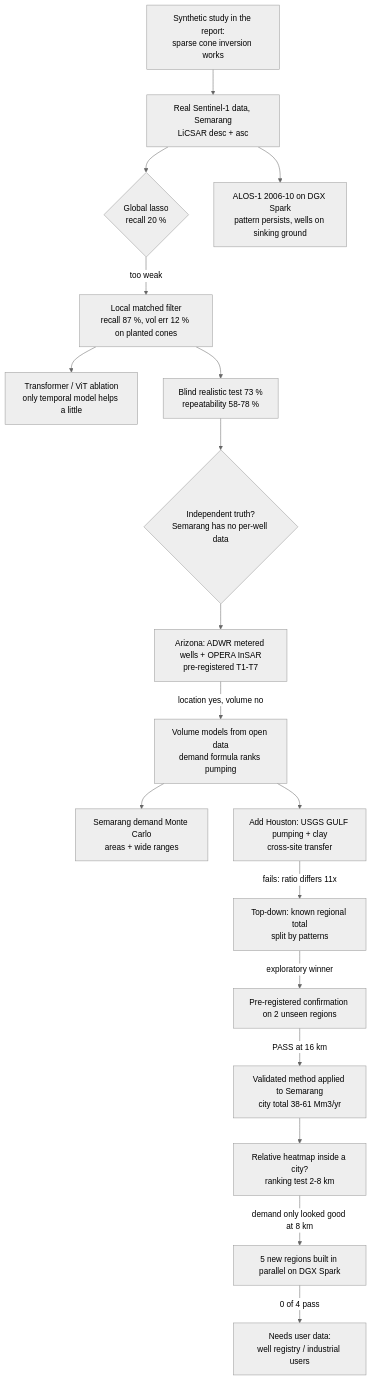
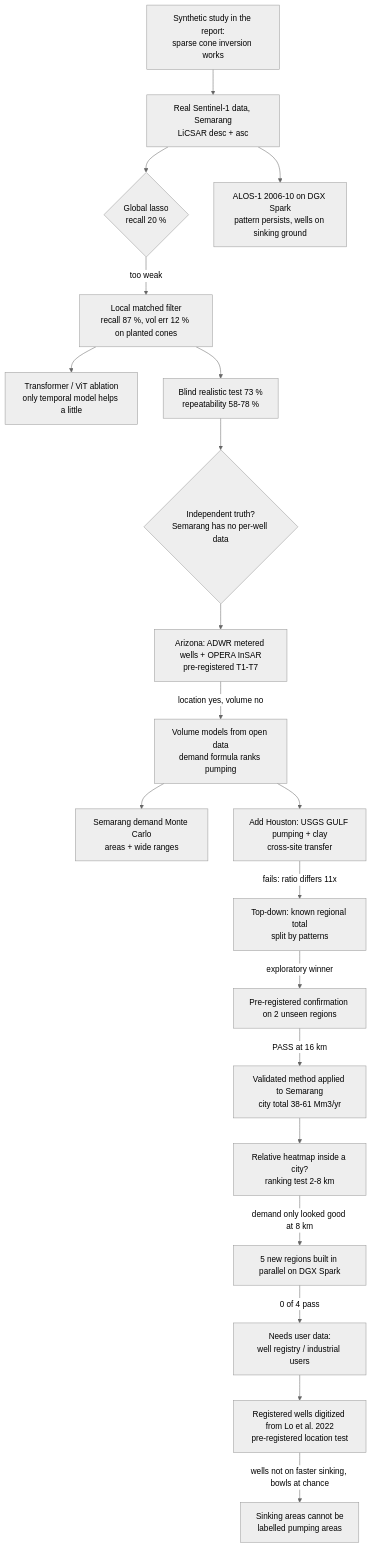
One commit to MichaelJamesL/aquifair-agc27 changed the diagram in docs/groundwater-audit-latex-v2/experiments/README.md. Above: the diagram before and after it, drawn with Mermaid (neutral theme). The commit also changed other lines of this file and 5 other files, not shown here.

First line of the commit message:
docs(groundwater-audit): record registered-well location test (fail)

````diff
--- a/docs/groundwater-audit-latex-v2/experiments/README.md
+++ b/docs/groundwater-audit-latex-v2/experiments/README.md
@@ -58,20 +60,22 @@
 ```mermaid
 flowchart TD
     A[Synthetic study in the report:<br/>sparse cone inversion works] --> B[Real Sentinel-1 data, Semarang<br/>LiCSAR desc + asc]
     B --> C{Global lasso<br/>recall 20 %}
     C -->|too weak| D[Local matched filter<br/>recall 87 %, vol err 12 % on planted cones]
     D --> E[Transformer / ViT ablation<br/>only temporal model helps a little]
     D --> F[Blind realistic test 73 %<br/>repeatability 58-78 %]
     F --> G{Independent truth?<br/>Semarang has no per-well data}
     G --> H[Arizona: ADWR metered wells + OPERA InSAR<br/>pre-registered T1-T7]
     H -->|location yes, volume no| I[Volume models from open data<br/>demand formula ranks pumping]
     I --> J[Semarang demand Monte Carlo<br/>areas + wide ranges]
     I --> K[Add Houston: USGS GULF pumping + clay<br/>cross-site transfer]
     K -->|fails: ratio differs 11x| L[Top-down: known regional total<br/>split by patterns]
     L -->|exploratory winner| M[Pre-registered confirmation on 2 unseen regions]
     M -->|PASS at 16 km| N[Validated method applied to Semarang<br/>city total 38-61 Mm3/yr]
     B --> O[ALOS-1 2006-10 on DGX Spark<br/>pattern persists, wells on sinking ground]
     N --> P[Relative heatmap inside a city?<br/>ranking test 2-8 km]
     P -->|demand only looked good at 8 km| Q[5 new regions built in parallel on DGX Spark]
     Q -->|0 of 4 pass| R[Needs user data:<br/>well registry / industrial users]
+    R --> S[Registered wells digitized from Lo et al. 2022<br/>pre-registered location test]
+    S -->|wells not on faster sinking, bowls at chance| T[Sinking areas cannot be<br/>labelled pumping areas]
 ```
````
